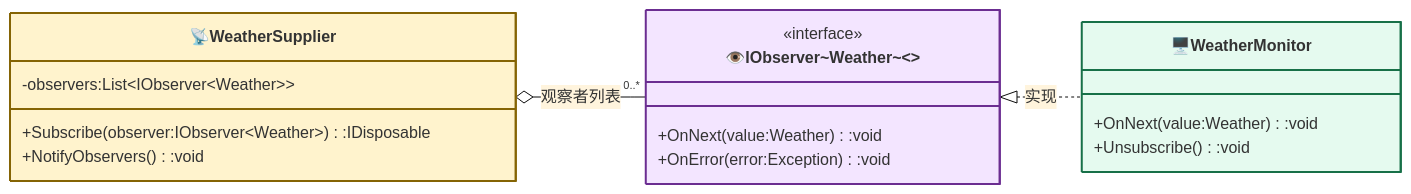
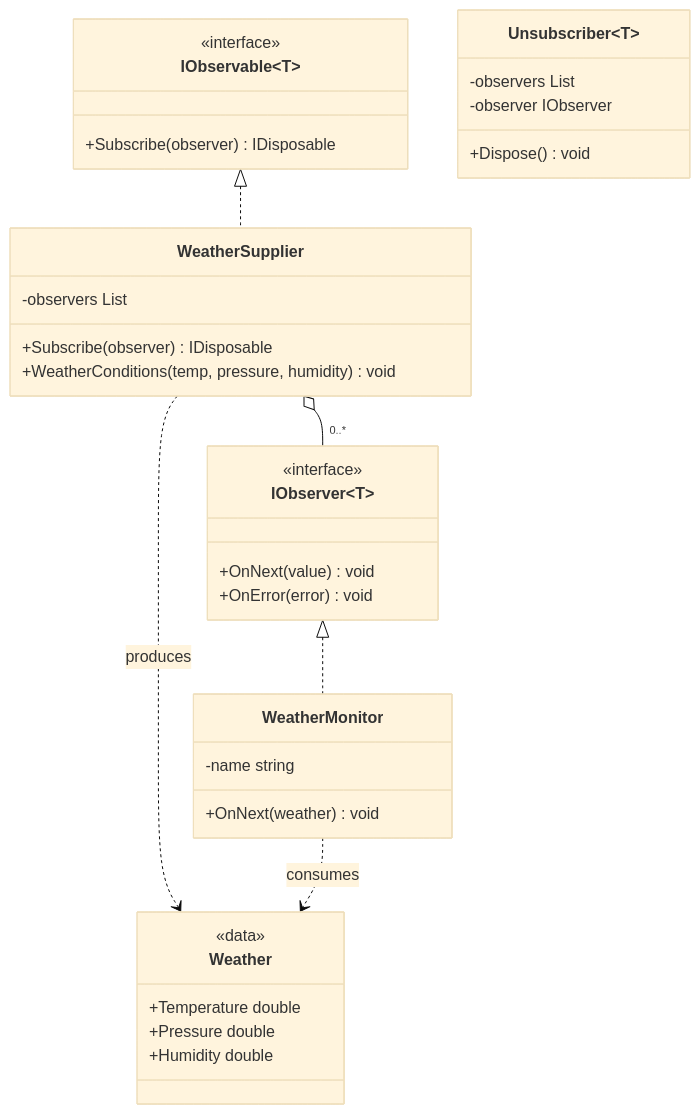
The second of 2 diagrams in ObserverPattern/README.md (hollson/design_patterns), drawn with Mermaid (base theme) before and after one commit. The commit also changed other lines of this file and 19 other files, not shown here.

````diff
--- a/ObserverPattern/README.md
+++ b/ObserverPattern/README.md
@@ -21,27 +46,38 @@
 ```mermaid
-%%{init: {"classDiagram": {"useMarkdownLabels": true}} }%%
 classDiagram
-    direction LR
-
-    class Subject["📡WeatherSupplier"]:::contextCls{
-        -observers:List~IObserver~Weather~~
-        +Subscribe(observer:IObserver~Weather~):IDisposable
-        +NotifyObservers():void
+    class IObservable~T~ {
+        <<interface>>
+        +Subscribe(observer) IDisposable
     }
-    class Observer["👁️IObserver~Weather~<<interface>>"]:::strategyCls{
+    class IObserver~T~ {
         <<interface>>
-        +OnNext(value:Weather):void
-        +OnError(error:Exception):void
+        +OnNext(value) void
+        +OnError(error) void
     }
-    class ConcreteObserver["🖥️WeatherMonitor"]:::concreteCls{
-        +OnNext(value:Weather):void
-        +Unsubscribe():void
+    class WeatherSupplier {
+        -observers List
+        +Subscribe(observer) IDisposable
+        +WeatherConditions(temp, pressure, humidity) void
+    }
+    class WeatherMonitor {
+        -name string
+        +OnNext(weather) void
+    }
+    class Unsubscriber~T~ {
+        -observers List
+        -observer IObserver
+        +Dispose() void
+    }
+    class Weather {
+        <<data>>
+        +Temperature double
+        +Pressure double
+        +Humidity double
     }
 
-    Subject o-- "0..*" Observer : 观察者列表
-    Observer <|.. ConcreteObserver : 实现
-
-    classDef contextCls fill:#fff3cd,stroke:#856404,stroke-width:2px
-    classDef strategyCls fill:#f3e5ff,stroke:#6b2d91,stroke-width:2px
-    classDef concreteCls fill:#e5faef,stroke:#177048,stroke-width:2px
+    IObservable~T~ <|.. WeatherSupplier
+    IObserver~T~ <|.. WeatherMonitor
+    WeatherSupplier o-- "0..*" IObserver~T~
+    WeatherSupplier ..> Weather : produces
+    WeatherMonitor ..> Weather : consumes
 ```
````
